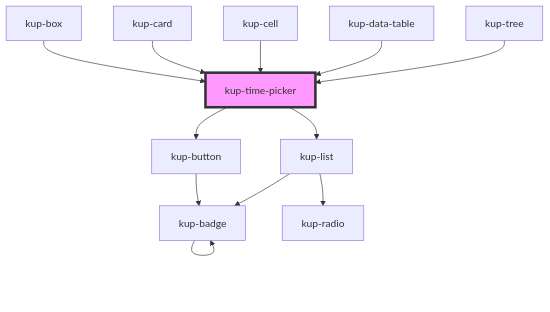
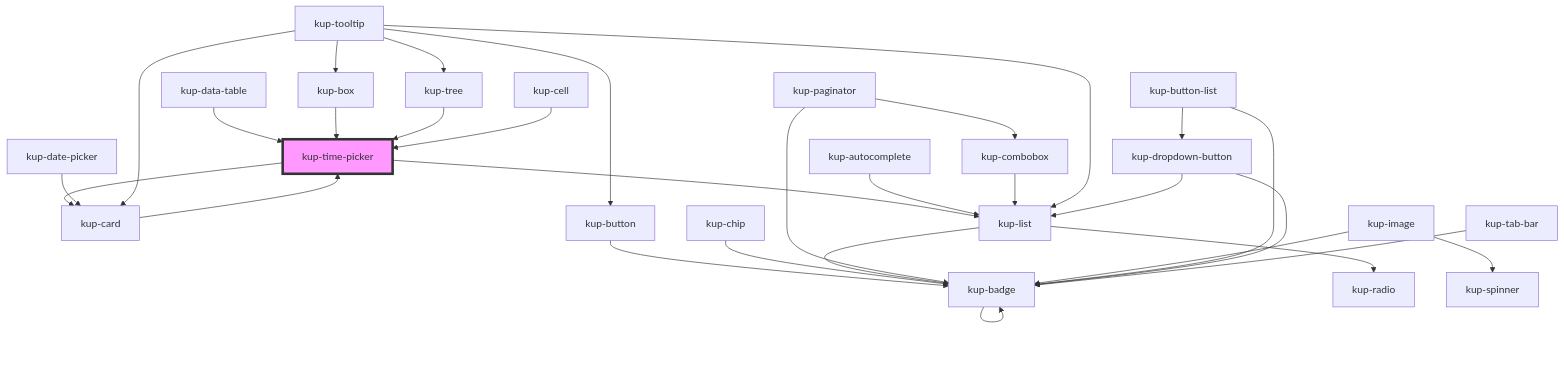
One commit to smeup/ketchup changed the diagram in packages/ketchup/src/components/kup-time-picker/readme.md. Above: the diagram before and after it, drawn with Mermaid. The commit also changed other lines of this file and 16 other files, not shown here.

Commit message:
kup-card: complete builtin family layout for calendar and clock.

````diff
--- a/packages/ketchup/src/components/kup-time-picker/readme.md
+++ b/packages/ketchup/src/components/kup-time-picker/readme.md
@@ -113,15 +113,33 @@
 ```mermaid
 graph TD;
-  kup-time-picker --> kup-button
+  kup-time-picker --> kup-card
   kup-time-picker --> kup-list
+  kup-card --> kup-time-picker
   kup-button --> kup-badge
   kup-badge --> kup-badge
+  kup-chip --> kup-badge
+  kup-autocomplete --> kup-list
   kup-list --> kup-radio
   kup-list --> kup-badge
+  kup-combobox --> kup-list
+  kup-date-picker --> kup-card
+  kup-data-table --> kup-time-picker
+  kup-tooltip --> kup-button
+  kup-tooltip --> kup-card
+  kup-tooltip --> kup-box
+  kup-tooltip --> kup-list
+  kup-tooltip --> kup-tree
   kup-box --> kup-time-picker
-  kup-card --> kup-time-picker
+  kup-paginator --> kup-combobox
+  kup-paginator --> kup-badge
+  kup-image --> kup-spinner
+  kup-image --> kup-badge
+  kup-button-list --> kup-dropdown-button
+  kup-button-list --> kup-badge
+  kup-dropdown-button --> kup-list
+  kup-dropdown-button --> kup-badge
+  kup-tree --> kup-time-picker
+  kup-tab-bar --> kup-badge
   kup-cell --> kup-time-picker
-  kup-data-table --> kup-time-picker
-  kup-tree --> kup-time-picker
   style kup-time-picker fill:#f9f,stroke:#333,stroke-width:4px
 ```
````
